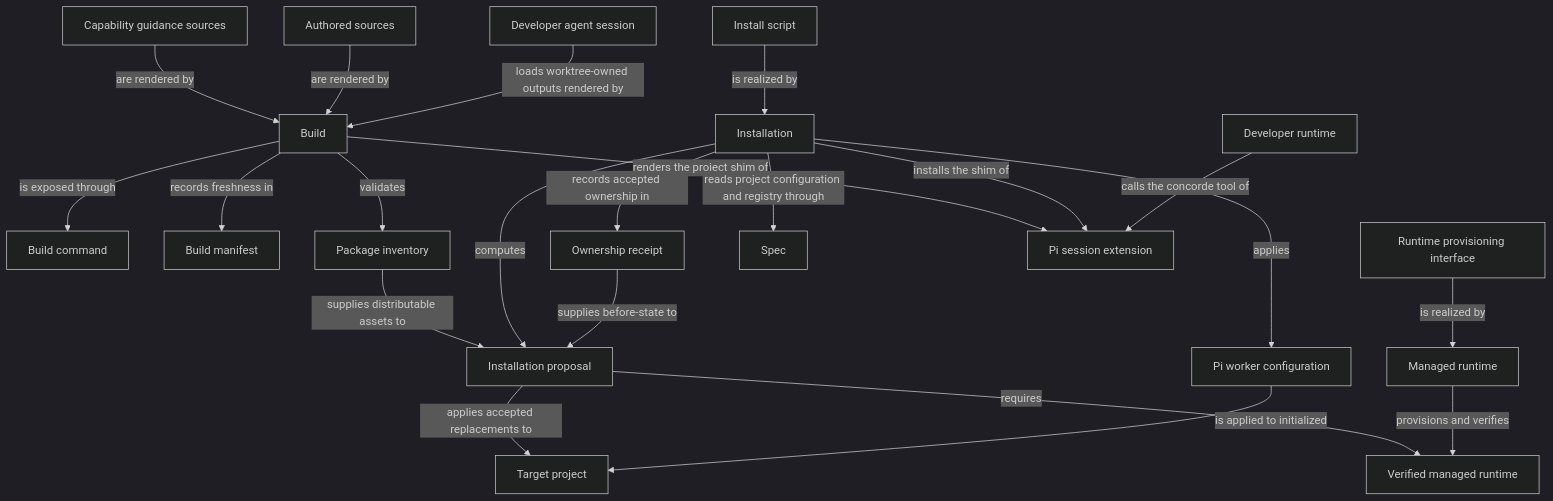
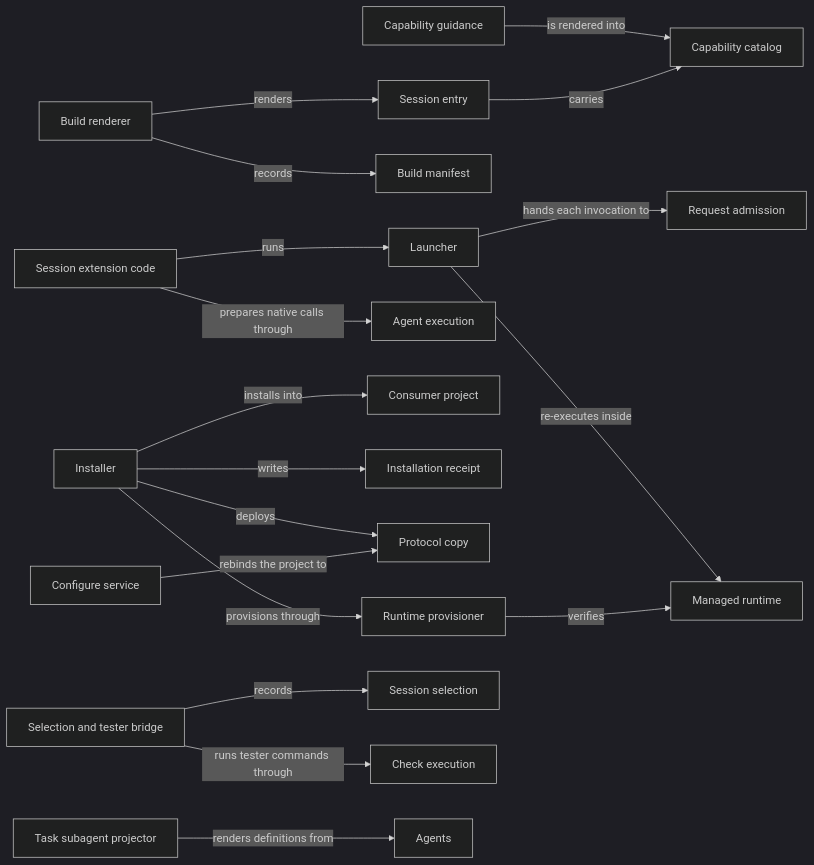
One commit to FTOD/concorde changed the diagram in specs/concorde/distribution/module.md. Above: the diagram before and after it, drawn with Mermaid (dark theme). The commit also changed other lines of this file and 370 other files, not shown here.

First line of the commit message:
Rewrite Concorde's Specs and Spec tooling for Protocol 11

````diff
--- a/specs/concorde/distribution/module.md
+++ b/specs/concorde/distribution/module.md
@@ -147,45 +307,22 @@
 ```mermaid
-flowchart TB
-    accTitle: Distribution entities and relationships
-    accDescr: Build renders authored worker instructions and capability guidance into runtime assets and a private Pi catalog. Installation deploys the receipt-owned Pi entry and provisions a verified managed runtime without installing standalone Skills.
-    authored["Authored sources"]
-    build["Build"]
-    buildCmd["Build command"]
-    manifest["Build manifest"]
-    inventory["Package inventory"]
-    installScript["Install script"]
-    installation["Installation"]
-    proposal["Installation proposal"]
-    receipt["Ownership receipt"]
-    target["Target project"]
-    config["Pi worker configuration"]
-    runtimeIface["Runtime provisioning interface"]
-    managedRuntime["Managed runtime"]
-    verifiedRuntime["Verified managed runtime"]
-    session["Developer agent session"]
-    spec["Spec"]
-    guidanceSources["Capability guidance sources"]
-    piSession["Pi session extension"]
-    developerRuntime["Developer runtime"]
-    guidanceSources -->|are rendered by| build
-    build -->|renders the project shim of| piSession
-    installation -->|installs the shim of| piSession
-    developerRuntime -->|calls the concorde tool of| piSession
-    authored -->|are rendered by| build
-    build -->|is exposed through| buildCmd
-    build -->|records freshness in| manifest
-    build -->|validates| inventory
-    inventory -->|supplies distributable assets to| proposal
-    installScript -->|is realized by| installation
-    installation -->|computes| proposal
-    receipt -->|supplies before-state to| proposal
-    proposal -->|applies accepted replacements to| target
-    proposal -->|requires| verifiedRuntime
-    installation -->|records accepted ownership in| receipt
-    installation -->|applies| config
-    config -->|is applied to initialized| target
-    runtimeIface -->|is realized by| managedRuntime
-    managedRuntime -->|provisions and verifies| verifiedRuntime
-    installation -->|reads project configuration and registry through| spec
-    session -->|loads worktree-owned outputs rendered by| build
+flowchart LR
+    accTitle: Distribution realizations and collaborators
+    accDescr: How the build, the session extension, the launcher, the installer and the selection bridge relate to each other and to the Modules they rely on.
+    guidance[Capability guidance] -->|is rendered into| catalog[Capability catalog]
+    build[Build renderer] -->|renders| entry[Session entry]
+    build -->|records| manifest[Build manifest]
+    entry -->|carries| catalog
+    extension[Session extension code] -->|runs| launcher[Launcher]
+    extension -->|prepares native calls through| execution[Agent execution]
+    launcher -->|hands each invocation to| admission[Request admission]
+    launcher -->|re-executes inside| runtime[Managed runtime]
+    installer[Installer] -->|installs into| consumer[Consumer project]
+    installer -->|writes| receipt[Installation receipt]
+    installer -->|deploys| protocol[Protocol copy]
+    installer -->|provisions through| provisioner[Runtime provisioner]
+    provisioner -->|verifies| runtime
+    selection[Selection and tester bridge] -->|records| selected[Session selection]
+    selection -->|runs tester commands through| checks[Check execution]
+    projector[Task subagent projector] -->|renders definitions from| agents[Agents]
+    configure[Configure service] -->|rebinds the project to| protocol
 ```
````
